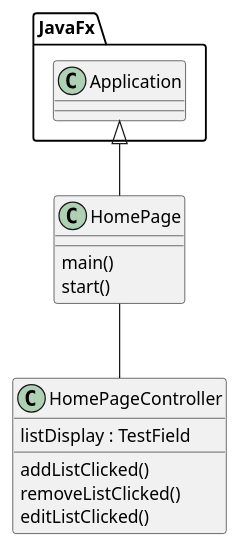
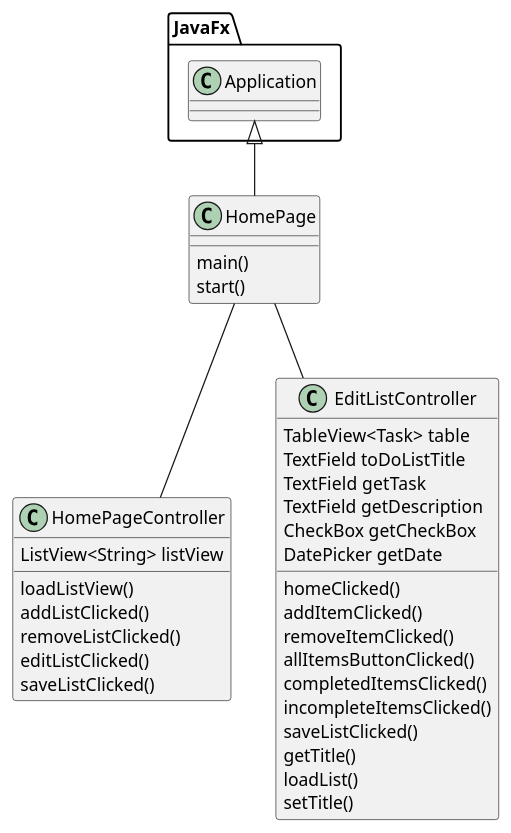
Before and after one commit to yuuniper/yu-cop3330-assignment4: the diagram in uml/ToDoList.puml, drawn with PlantUML. The commit also changed 10 other files, not shown here.

```diff
--- a/uml/ToDoList.puml
+++ b/uml/ToDoList.puml
@@ -1,20 +1,43 @@
 @startuml
 'https://plantuml.com/class-diagram
 
 Class HomePage{
 main()
 start()
 }
 
 Class HomePageController{
 
-listDisplay : TestField
+ListView<String> listView
+loadListView()
 addListClicked()
 removeListClicked()
  editListClicked()
+ saveListClicked()
+}
+
+Class EditListController{
+TableView<Task> table
+TextField toDoListTitle
+TextField getTask
+TextField getDescription
+CheckBox getCheckBox
+DatePicker getDate
+
+homeClicked()
+addItemClicked()
+removeItemClicked()
+allItemsButtonClicked()
+completedItemsClicked()
+incompleteItemsClicked()
+saveListClicked()
+getTitle()
+loadList()
+setTitle()
 }
 
 JavaFx.Application <|-- HomePage
 
 HomePage--HomePageController
+HomePage--EditListController
 @enduml
```
